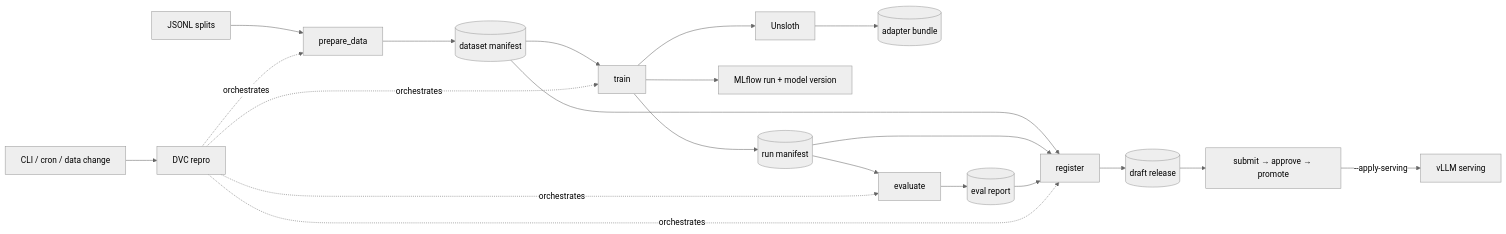
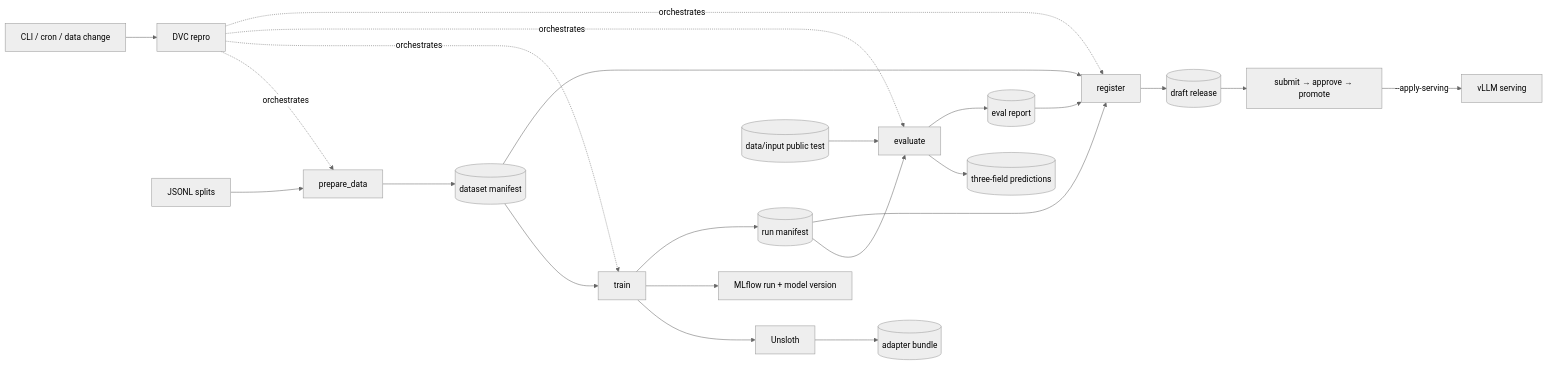
The second of 2 diagrams in docs/ARCHITECTURE.md (anhtuan23004/MLOps-Platform), drawn with Mermaid (neutral theme) before and after one commit. The commit also changed other lines of this file and 18 other files, not shown here.

````diff
--- a/docs/ARCHITECTURE.md
+++ b/docs/ARCHITECTURE.md
@@ -340,23 +340,25 @@
 ```mermaid
 flowchart LR
   trigger[CLI / cron / data change] --> dvc[DVC repro]
   raw[JSONL splits] --> prepare[prepare_data]
   dvc -. orchestrates .-> prepare
   prepare --> manifest[(dataset manifest)]
   manifest --> train[train]
   dvc -. orchestrates .-> train
   train --> unsloth[Unsloth]
   unsloth --> bundle[(adapter bundle)]
   train --> mlflow[MLflow run + model version]
   train --> run[(run manifest)]
   run --> eval[evaluate]
+  publicInput[(data/input public test)] --> eval
   dvc -. orchestrates .-> eval
+  eval --> predictions[(three-field predictions)]
   eval --> report[(eval report)]
   manifest --> register[register]
   run --> register
   report --> register
   dvc -. orchestrates .-> register
   register --> release[(draft release)]
   release --> gates[submit → approve → promote]
   gates -->|--apply-serving| serving[vLLM serving]
 ```
````
